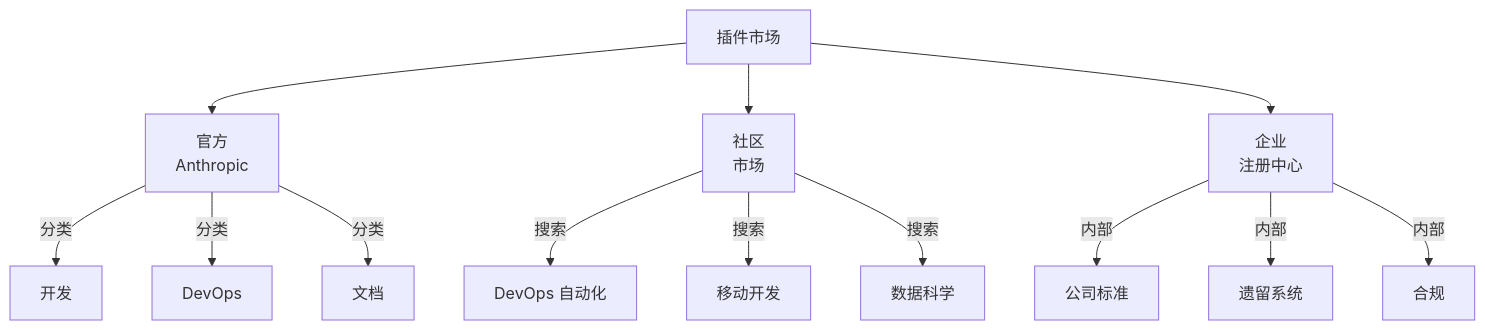
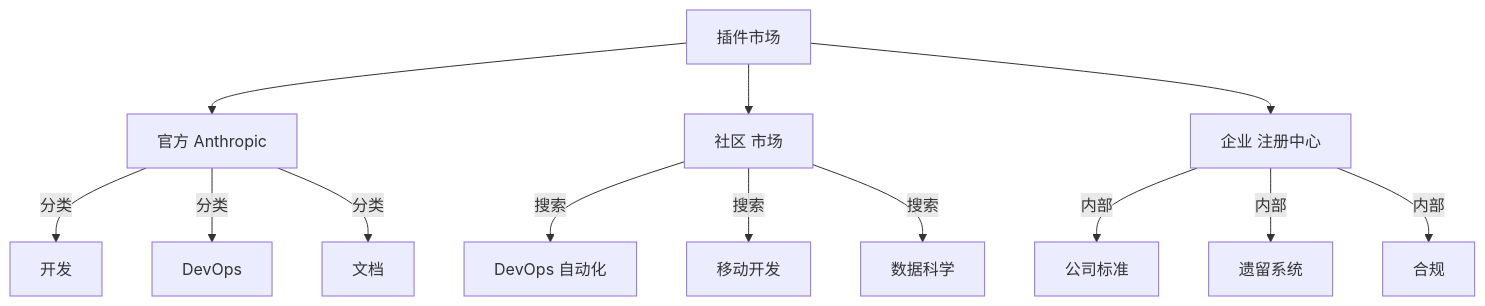
Diagram 24 of 31 in claude_concepts_guide.md (Rx782-Fss/claude-howto-zh), drawn with Mermaid before and after one commit. The commit also changed other lines of this file and 5 other files, not shown here.

Commit message:
fix: Mermaid 内全角括号/问号/emoji/<br/> 改为半角ASCII避免 GitHub 渲染失败

````diff
--- a/claude_concepts_guide.md
+++ b/claude_concepts_guide.md
@@ -2414,23 +2414,23 @@
 ```mermaid
 graph TB
     A["插件市场"]
-    B["官方<br/>Anthropic"]
-    C["社区<br/>市场"]
-    D["企业<br/>注册中心"]
+    B["官方 Anthropic"]
+    C["社区 市场"]
+    D["企业 注册中心"]
 
     A --> B
     A --> C
     A --> D
 
     B -->|分类| B1["开发"]
     B -->|分类| B2["DevOps"]
     B -->|分类| B3["文档"]
 
     C -->|搜索| C1["DevOps 自动化"]
     C -->|搜索| C2["移动开发"]
     C -->|搜索| C3["数据科学"]
 
     D -->|内部| D1["公司标准"]
     D -->|内部| D2["遗留系统"]
     D -->|内部| D3["合规"]
 ```
````
